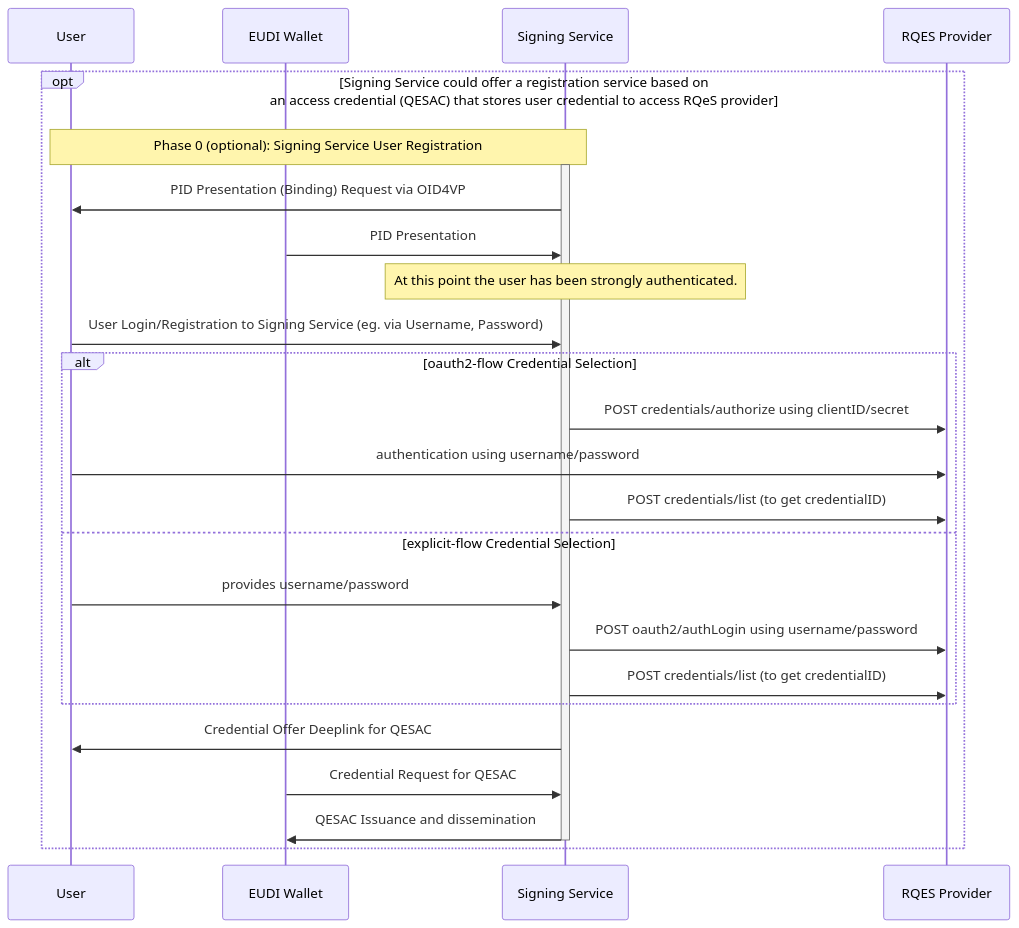
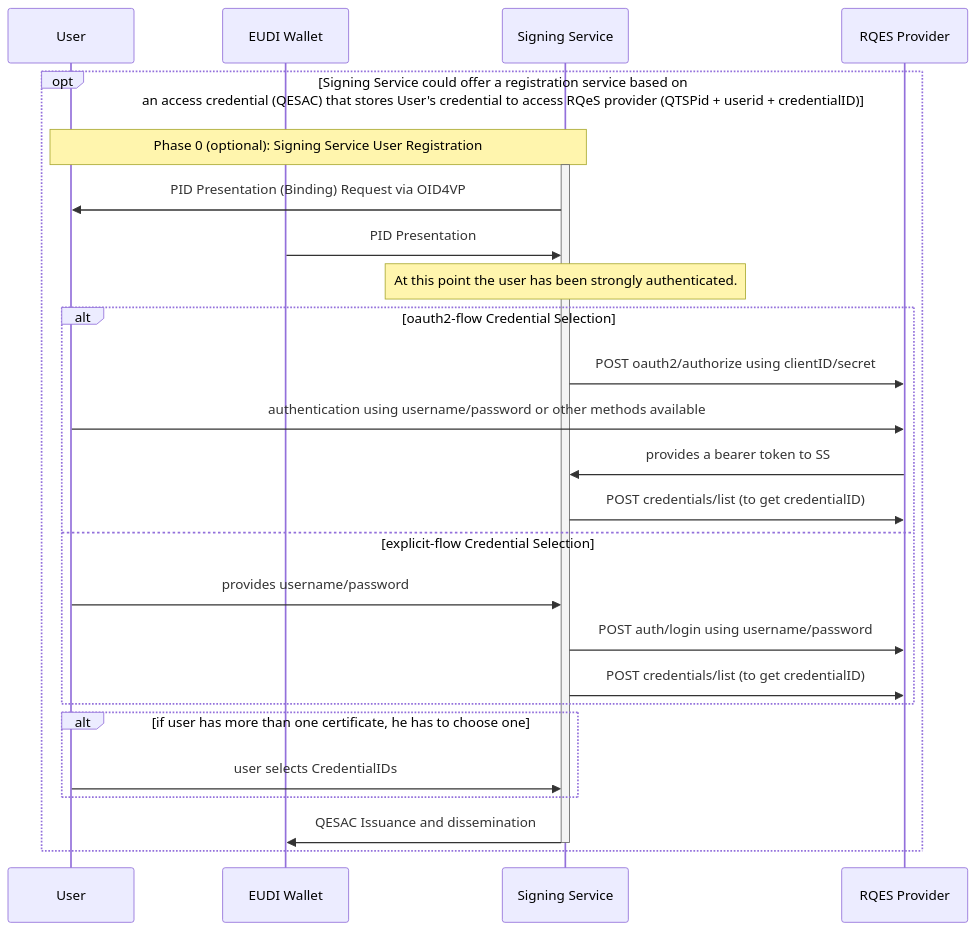
One commit to EWC-consortium/eudi-wallet-rfcs changed the second of 7 diagrams in ewc-rfc010-long-term-certifice-qes-creation.md. Above: the diagram before and after it, drawn with Mermaid. The commit also changed other lines of this file, not shown here.

````diff
--- a/ewc-rfc010-long-term-certifice-qes-creation.md
+++ b/ewc-rfc010-long-term-certifice-qes-creation.md
@@ -172,28 +180,29 @@
 ```mermaid
    sequenceDiagram
   participant User
   participant EUDI Wallet
   participant Signing Service
 
-opt Signing Service could offer a registration service based on <br/>an access credential (QESAC) that stores user credential to access RQeS provider
+    opt Signing Service could offer a registration service based on <br/>an access credential (QESAC) that stores User's credential to access RQeS provider (QTSPid + userid + credentialID)
     Note over User, Signing Service: Phase 0 (optional): Signing Service User Registration
       activate Signing Service
       Signing Service->>User: PID Presentation (Binding) Request via OID4VP
       EUDI Wallet->>Signing Service: PID Presentation
       Note over Signing Service: At this point the user has been strongly authenticated.
-      User->>Signing Service: User Login/Registration to Signing Service (eg. via Username, Password)
       alt  oauth2-flow Credential Selection
-        Signing Service->>RQES Provider: POST credentials/authorize using clientID/secret
-        User->>RQES Provider: authentication using username/password
+        Signing Service->>RQES Provider: POST oauth2/authorize using clientID/secret
+        User->>RQES Provider: authentication using username/password or other methods available
+        RQES Provider->>Signing Service: provides a bearer token to SS
         Signing Service->>RQES Provider: POST credentials/list (to get credentialID)
       else explicit-flow Credential Selection
         User->>Signing Service: provides username/password
-        Signing Service->>RQES Provider: POST oauth2/authLogin using username/password
+        Signing Service->>RQES Provider: POST auth/login using username/password
         Signing Service->>RQES Provider: POST credentials/list (to get credentialID)
       end
-    Signing Service->>User: Credential Offer Deeplink for QESAC
-    EUDI Wallet->>Signing Service: Credential Request for QESAC
+    alt if user has more than one certificate, he has to choose one
+      User->>Signing Service: user selects CredentialIDs
+    end
     Signing Service->>EUDI Wallet: QESAC Issuance and dissemination
     deactivate Signing Service
     end
 ```
````
